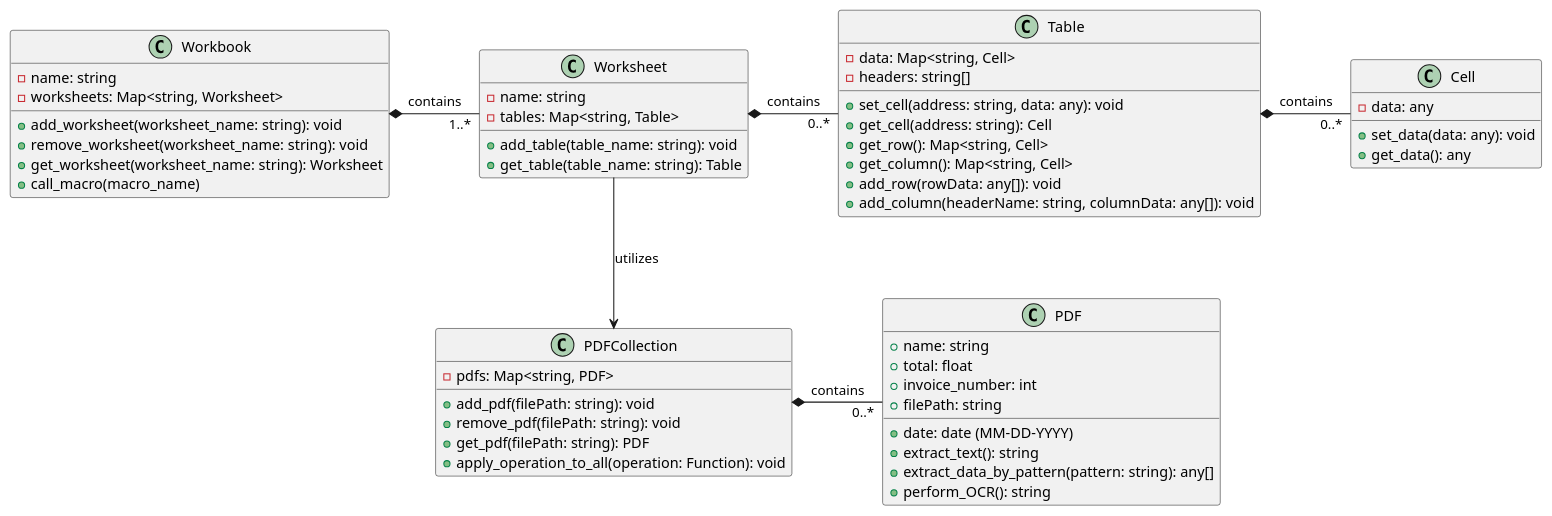
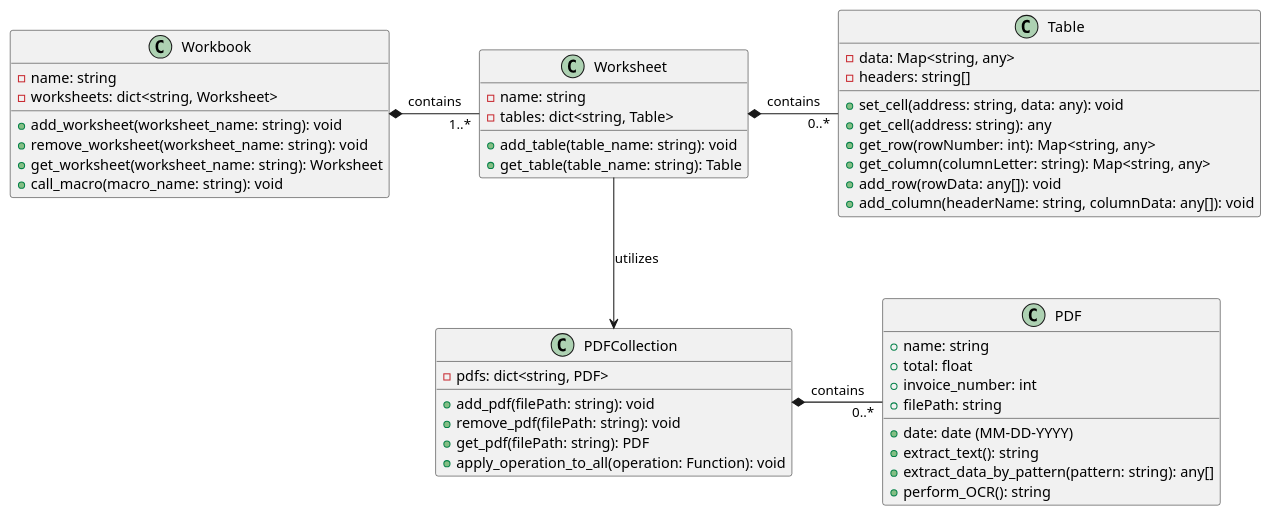
One commit to bnguy80/Amex_Automation changed the diagram in logical_view_worksheet.puml. Above: the diagram before and after it, drawn with PlantUML.

Commit message:
edit logical view

```diff
--- a/logical_view_worksheet.puml
+++ b/logical_view_worksheet.puml
@@ -1,62 +1,55 @@
 @startuml
 'https://plantuml.com/class-diagram
 
-class Cell {
-    - data: any
-    + set_data(data: any): void
-    + get_data(): any
-}
-
 class Table {
-    - data: Map<string, Cell>
+    - data: Map<string, any>
     - headers: string[]
     + set_cell(address: string, data: any): void
-    + get_cell(address: string): Cell
-    + get_row(): Map<string, Cell>
-    + get_column(): Map<string, Cell>
+    + get_cell(address: string): any
+    + get_row(rowNumber: int): Map<string, any>
+    + get_column(columnLetter: string): Map<string, any>
     + add_row(rowData: any[]): void
     + add_column(headerName: string, columnData: any[]): void
 }
 
 class Worksheet {
     - name: string
-    - tables: Map<string, Table>
+    - tables: dict<string, Table>
     + add_table(table_name: string): void
     + get_table(table_name: string): Table
 }
 
 class Workbook {
     - name: string
-    - worksheets: Map<string, Worksheet>
+    - worksheets: dict<string, Worksheet>
     + add_worksheet(worksheet_name: string): void
     + remove_worksheet(worksheet_name: string): void
     + get_worksheet(worksheet_name: string): Worksheet
-    + call_macro(macro_name)
+    + call_macro(macro_name: string): void
 }
 
 class PDF {
     + name: string
     + total: float
     + date: date (MM-DD-YYYY)
     + invoice_number: int
     + filePath: string
     + extract_text(): string
     + extract_data_by_pattern(pattern: string): any[]
     + perform_OCR(): string
 }
 
 class PDFCollection {
-    - pdfs: Map<string, PDF>
+    - pdfs: dict<string, PDF>
     + add_pdf(filePath: string): void
     + remove_pdf(filePath: string): void
     + get_pdf(filePath: string): PDF
     + apply_operation_to_all(operation: Function): void
 }
 
 Workbook *- "1..*" Worksheet : contains
 Worksheet *- "0..*" Table : contains
-Table *- "0..*" Cell : contains
 Worksheet --> PDFCollection : "utilizes"
 PDFCollection *- "0..*" PDF : contains
 
 @enduml
```
